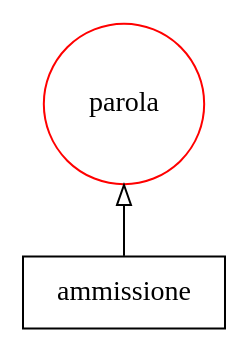
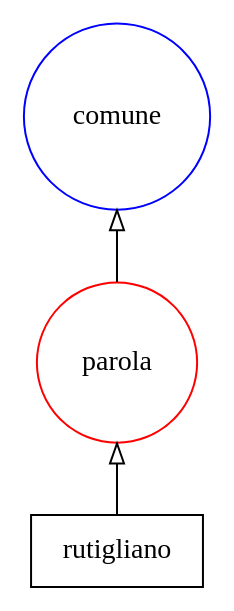
One commit to Simoruty/AI-course-project changed the diagram in var/spiegazioni/tag2.dot. Above: the diagram before and after it, drawn with Graphviz. The commit also changed 283 other files, not shown here.

```diff
--- a/var/spiegazioni/tag2.dot
+++ b/var/spiegazioni/tag2.dot
@@ -1,33 +1,35 @@
 digraph {
    rankdir=BT;
    edge [arrowhead=empty];
 
    subgraph {
       rank="source";
       edge [arrowhead=normal];
       node [shape=box];
-      t3 [label="ammissione"];
+      t2 [label="rutigliano"];
    }
 
    subgraph {
       rank="same";
       node [color=red,shape=circle];
-      tag2 [label=parola]; 
+      tag1 [label=parola]; 
    }
 
    subgraph {
       rank="same";
       node [color=blue,shape=circle];
+      tag2 [label=comune]; 
    }
 
    subgraph {
       rank="same";
       node [color=green,shape=circle];
    }
 
    subgraph {
       rank="same";
       node [color=orange,shape=circle];
    }
-   t3 -> tag2;
+   tag1 -> tag2;
+   t2 -> tag1;
 }
```
